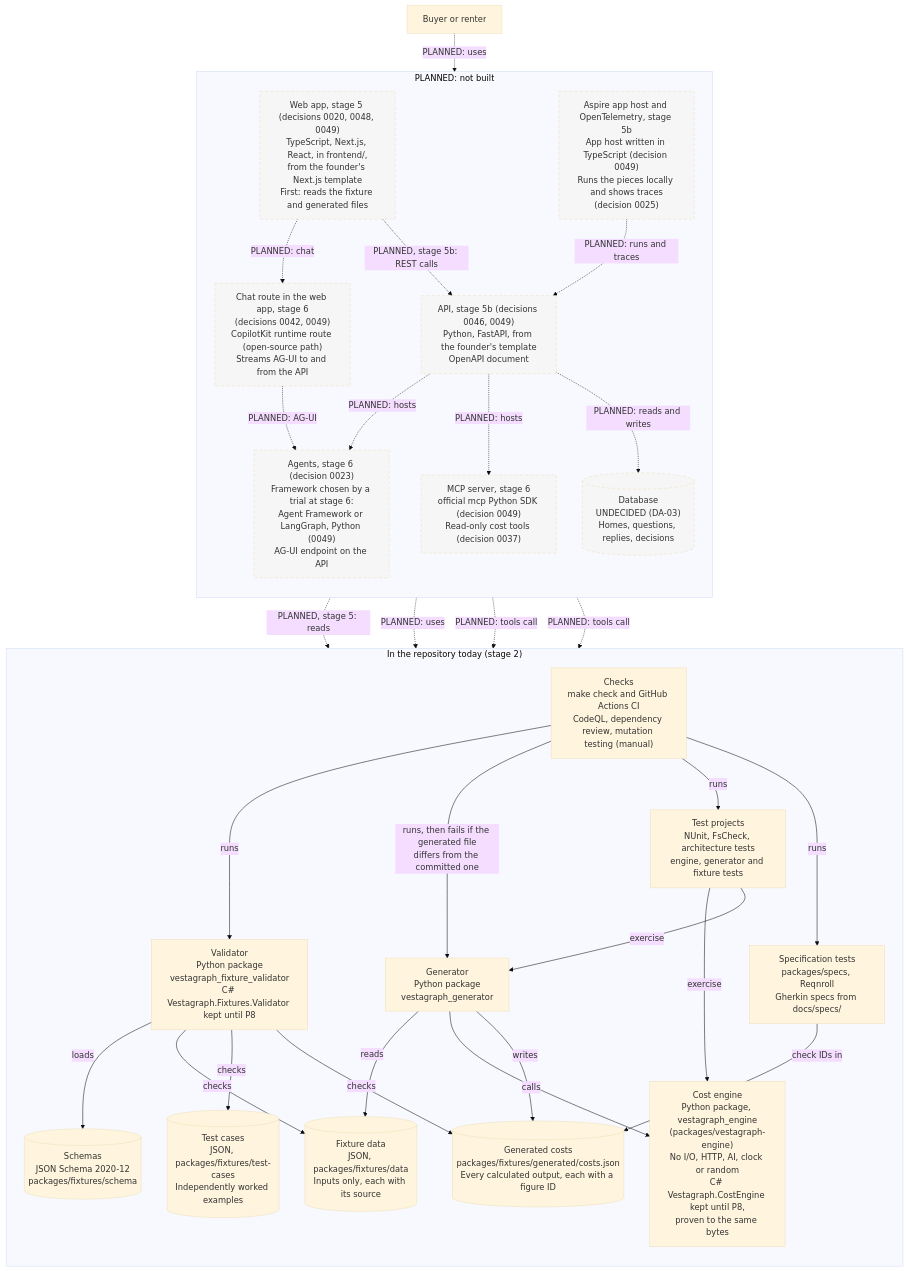
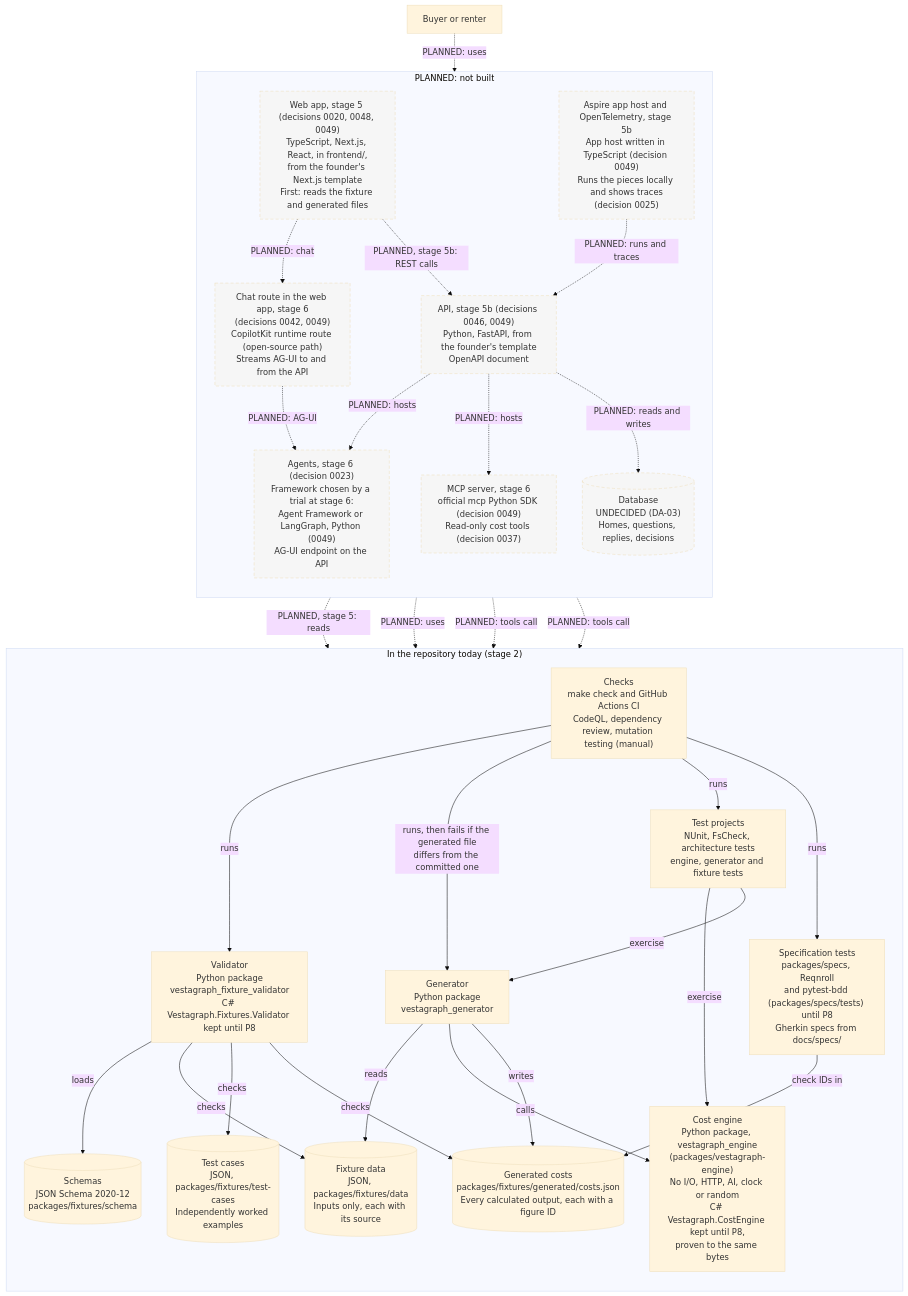
The second of 2 diagrams in docs/architecture/README.md (olaheavy-dev/homescout-platform), drawn with Mermaid (base theme) before and after one commit. The commit also changed other lines of this file and 20 other files, not shown here.

First line of the commit message:
test: pytest-bdd spec runner for the data scenarios (P6, #193) (#209)

````diff
--- a/docs/architecture/README.md
+++ b/docs/architecture/README.md
@@ -47,60 +47,60 @@
 ```mermaid
 flowchart TB
     user["Buyer or renter"]
 
     subgraph today["In the repository today (stage 2)"]
         direction TB
         data[("Fixture data<br/>JSON, packages/fixtures/data<br/>Inputs only, each with its source")]
         schema[("Schemas<br/>JSON Schema 2020-12<br/>packages/fixtures/schema")]
         cases[("Test cases<br/>JSON, packages/fixtures/test-cases<br/>Independently worked examples")]
         engine["Cost engine<br/>Python package, vestagraph_engine<br/>(packages/vestagraph-engine)<br/>No I/O, HTTP, AI, clock or random<br/>C# Vestagraph.CostEngine kept until P8,<br/>proven to the same bytes"]
         generator["Generator<br/>Python package<br/>vestagraph_generator"]
         generated[("Generated costs<br/>packages/fixtures/generated/costs.json<br/>Every calculated output, each with a figure ID")]
         validator["Validator<br/>Python package<br/>vestagraph_fixture_validator<br/>C# Vestagraph.Fixtures.Validator kept until P8"]
         tests["Test projects<br/>NUnit, FsCheck, architecture tests<br/>engine, generator and fixture tests"]
-        specs["Specification tests<br/>packages/specs, Reqnroll<br/>Gherkin specs from docs/specs/"]
+        specs["Specification tests<br/>packages/specs, Reqnroll<br/>and pytest-bdd (packages/specs/tests) until P8<br/>Gherkin specs from docs/specs/"]
         ci["Checks<br/>make check and GitHub Actions CI<br/>CodeQL, dependency review, mutation testing (manual)"]
     end
 
     subgraph later["PLANNED: not built"]
         direction TB
         web["Web app, stage 5 (decisions 0020, 0048, 0049)<br/>TypeScript, Next.js, React, in frontend/,<br/>from the founder's Next.js template<br/>First: reads the fixture and generated files"]
         api["API, stage 5b (decisions 0046, 0049)<br/>Python, FastAPI, from the founder's template<br/>OpenAPI document"]
         mcp["MCP server, stage 6<br/>official mcp Python SDK (decision 0049)<br/>Read-only cost tools (decision 0037)"]
         agents["Agents, stage 6 (decision 0023)<br/>Framework chosen by a trial at stage 6:<br/>Agent Framework or LangGraph, Python (0049)<br/>AG-UI endpoint on the API"]
         copilot["Chat route in the web app, stage 6<br/>(decisions 0042, 0049)<br/>CopilotKit runtime route (open-source path)<br/>Streams AG-UI to and from the API"]
         aspire["Aspire app host and OpenTelemetry, stage 5b<br/>App host written in TypeScript (decision 0049)<br/>Runs the pieces locally and shows traces<br/>(decision 0025)"]
         db[("Database<br/>UNDECIDED (DA-03)<br/>Homes, questions, replies, decisions")]
     end
 
     generator -->|reads| data
     generator -->|calls| engine
     generator -->|writes| generated
     validator -->|loads| schema
     validator -->|checks| data
     validator -->|checks| cases
     validator -->|checks| generated
     tests -->|exercise| engine
     tests -->|exercise| generator
     specs -->|check IDs in| generated
     ci -->|runs| validator
     ci -->|"runs, then fails if the generated file<br/>differs from the committed one"| generator
     ci -->|runs| tests
     ci -->|runs| specs
 
     user -.->|"PLANNED: uses"| web
     web -.->|"PLANNED, stage 5: reads"| generated
     web -.->|"PLANNED, stage 5b: REST calls"| api
     web -.->|"PLANNED: chat"| copilot
     copilot -.->|"PLANNED: AG-UI"| agents
     api -.->|"PLANNED: uses"| engine
     api -.->|"PLANNED: hosts"| mcp
     api -.->|"PLANNED: hosts"| agents
     agents -.->|"PLANNED: tools call"| engine
     mcp -.->|"PLANNED: tools call"| engine
     api -.->|"PLANNED: reads and writes"| db
     aspire -.->|"PLANNED: runs and traces"| api
 
     classDef planned stroke-dasharray: 6 4,fill:#f6f6f6,color:#333
     class web,api,mcp,agents,copilot,aspire,db planned
 ```
````
